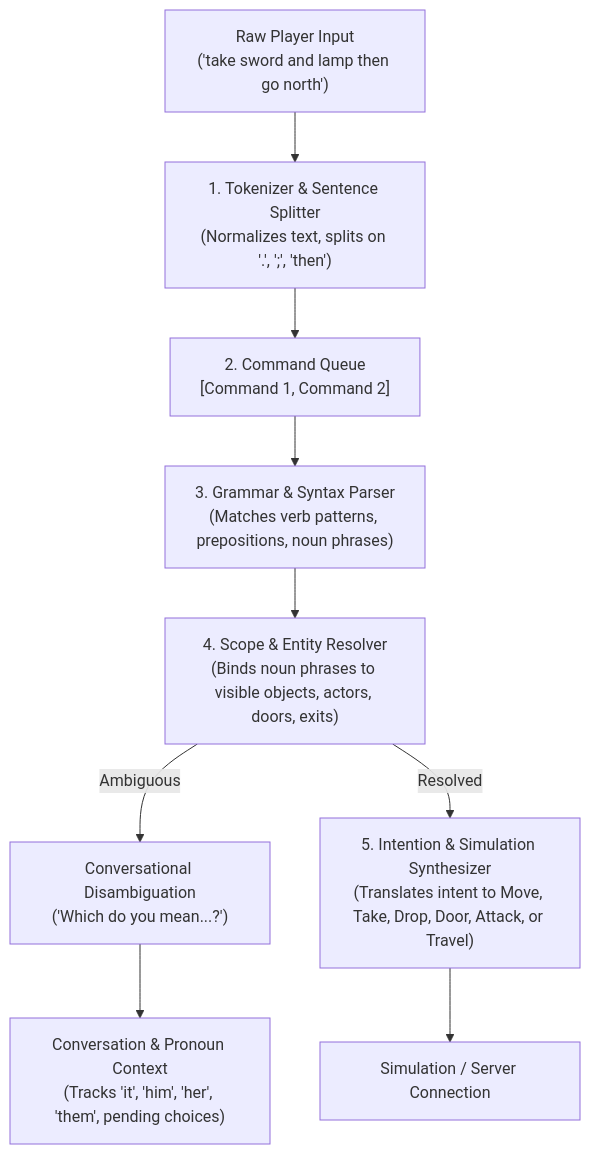
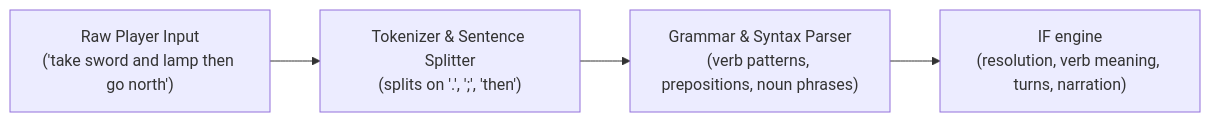
One commit to KCall360/thresholds-of-ruin changed the diagram in docs/if-parser-architecture.md. Above: the diagram before and after it, drawn with Mermaid. The commit also changed other lines of this file and 51 other files, not shown here.

First line of the commit message:
Interactive fiction engine for the text client (protocol 21) (#60)

````diff
--- a/docs/if-parser-architecture.md
+++ b/docs/if-parser-architecture.md
@@ -45,11 +45,6 @@
 ```mermaid
-flowchart TD
-    RawInput["Raw Player Input<br/>('take sword and lamp then go north')"] --> Lexer["1. Tokenizer & Sentence Splitter<br/>(Normalizes text, splits on '.', ';', 'then')"]
-    Lexer --> Queue["2. Command Queue<br/>[Command 1, Command 2]"]
-    Queue --> Parser["3. Grammar & Syntax Parser<br/>(Matches verb patterns, prepositions, noun phrases)"]
-    Parser --> Resolver["4. Scope & Entity Resolver<br/>(Binds noun phrases to visible objects, actors, doors, exits)"]
-    Resolver -->|Ambiguous| Clarify["Conversational Disambiguation<br/>('Which do you mean...?')"]
-    Clarify --> Context["Conversation & Pronoun Context<br/>(Tracks 'it', 'him', 'her', 'them', pending choices)"]
-    Resolver -->|Resolved| Synthesizer["5. Intention & Simulation Synthesizer<br/>(Translates intent to Move, Take, Drop, Door, Attack, or Travel)"]
-    Synthesizer --> Engine["Simulation / Server Connection"]
+flowchart LR
+    RawInput["Raw Player Input<br/>('take sword and lamp then go north')"] --> Lexer["Tokenizer & Sentence Splitter<br/>(splits on '.', ';', 'then')"]
+    Lexer --> Parser["Grammar & Syntax Parser<br/>(verb patterns, prepositions, noun phrases)"]
+    Parser --> Engine["IF engine<br/>(resolution, verb meaning, turns, narration)"]
 ```
````
